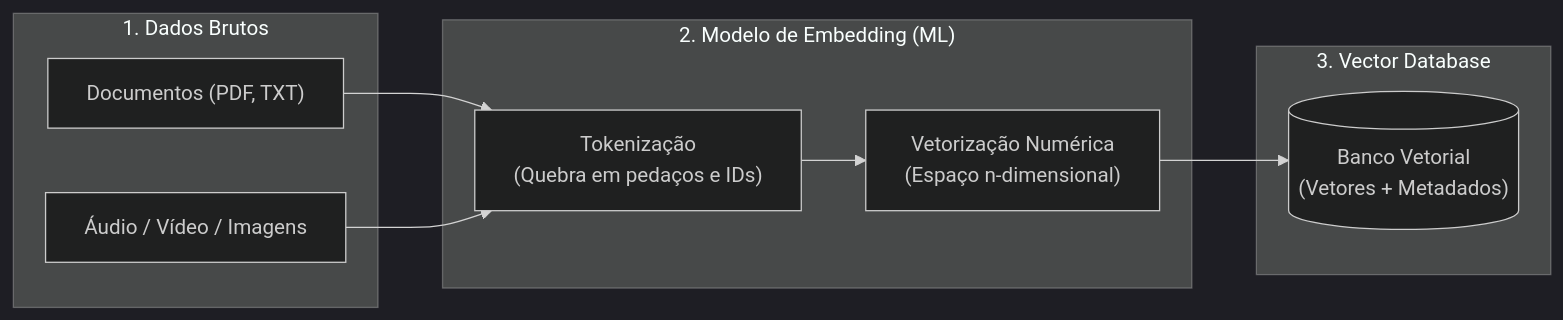
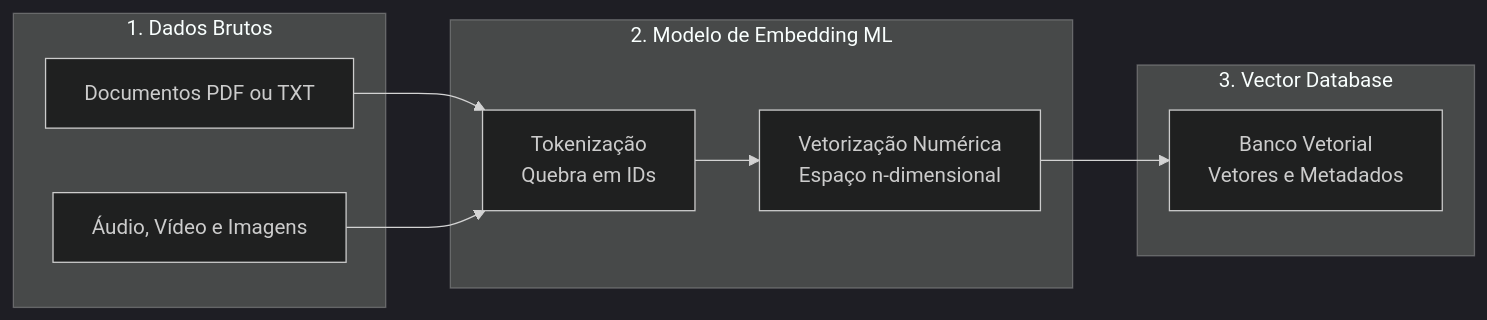
One commit to LucasMartins-33/Resumo-da-certifica-o-AWS changed the first of 7 diagrams in Modulo-06-Optimizing-Foundation-Models.md. Above: the diagram before and after it, drawn with Mermaid (dark theme). The commit also changed other lines of this file, not shown here.

````diff
--- a/Modulo-06-Optimizing-Foundation-Models.md
+++ b/Modulo-06-Optimizing-Foundation-Models.md
@@ -61,21 +61,21 @@
 ```mermaid
 flowchart LR
     subgraph Raw ["1. Dados Brutos"]
-        DOC["Documentos (PDF, TXT)"]
-        MEDIA["Áudio / Vídeo / Imagens"]
+        DOC["Documentos PDF ou TXT"]
+        MEDIA["Áudio, Vídeo e Imagens"]
     end
 
-    subgraph Vectorization ["2. Modelo de Embedding (ML)"]
-        TOK["Tokenização\n(Quebra em pedaços e IDs)"]
-        VEC["Vetorização Numérica\n(Espaço n-dimensional)"]
+    subgraph Vectorization ["2. Modelo de Embedding ML"]
+        TOK["Tokenização<br/>Quebra em IDs"]
+        VEC["Vetorização Numérica<br/>Espaço n-dimensional"]
         TOK --> VEC
     end
 
     subgraph Storage ["3. Vector Database"]
-        VDB[("Banco Vetorial\n(Vetores + Metadados)")]
+        VDB["Banco Vetorial<br/>Vetores e Metadados"]
     end
 
     DOC --> TOK
     MEDIA --> TOK
     VEC --> VDB
 ```
````
